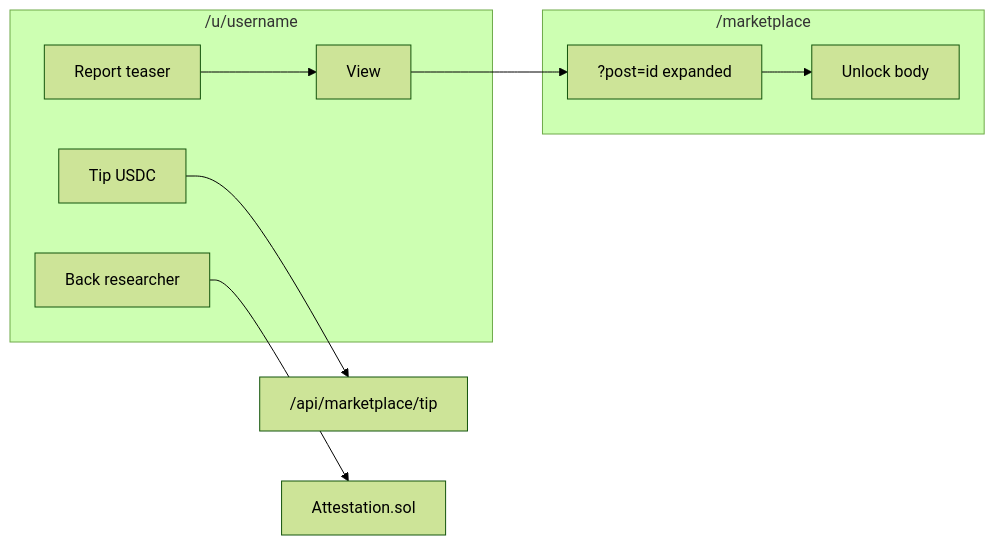
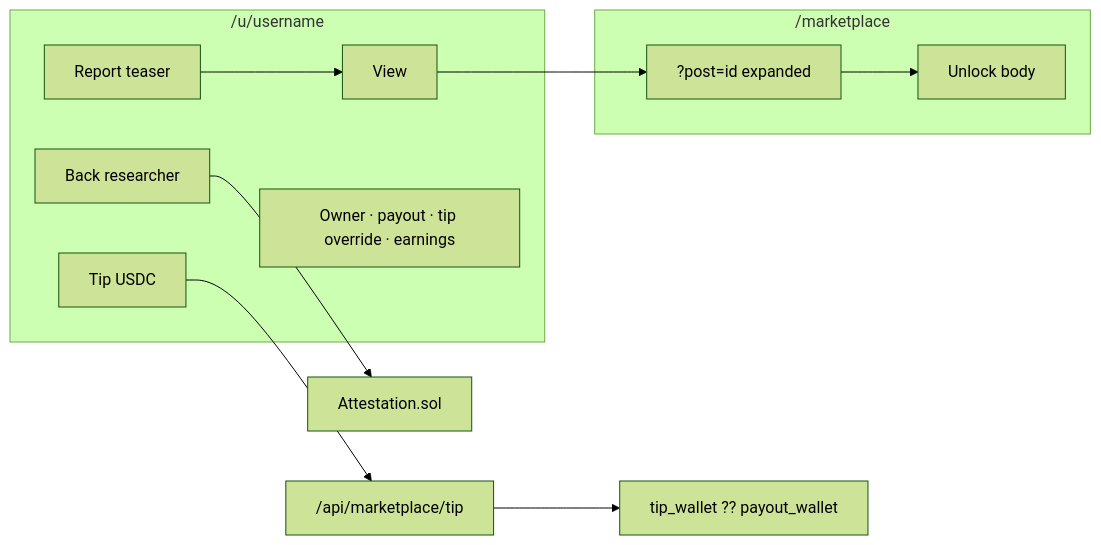
Before and after one commit to rudazy/citation-agent: the second of 7 diagrams in docs/platform-overview.md, drawn with Mermaid (forest theme). The commit also changed other lines of this file and 9 other files, not shown here.

````diff
--- a/docs/platform-overview.md
+++ b/docs/platform-overview.md
@@ -129,16 +133,18 @@
 ```mermaid
 flowchart LR
   subgraph ProfilePage["/u/username"]
     Teaser["Report teaser"]
     ViewBtn["View"]
     TipBtn["Tip USDC"]
     BackBtn["Back researcher"]
+    Settings["Owner · payout · tip override · earnings"]
   end
   subgraph Catalog["/marketplace"]
     Deep["?post=id expanded"]
     Unlock["Unlock body"]
   end
   Teaser --> ViewBtn --> Deep --> Unlock
   TipBtn --> TipAPI["/api/marketplace/tip"]
+  TipAPI --> Payee["tip_wallet ?? payout_wallet"]
   BackBtn --> Attest["Attestation.sol"]
 ```
````
